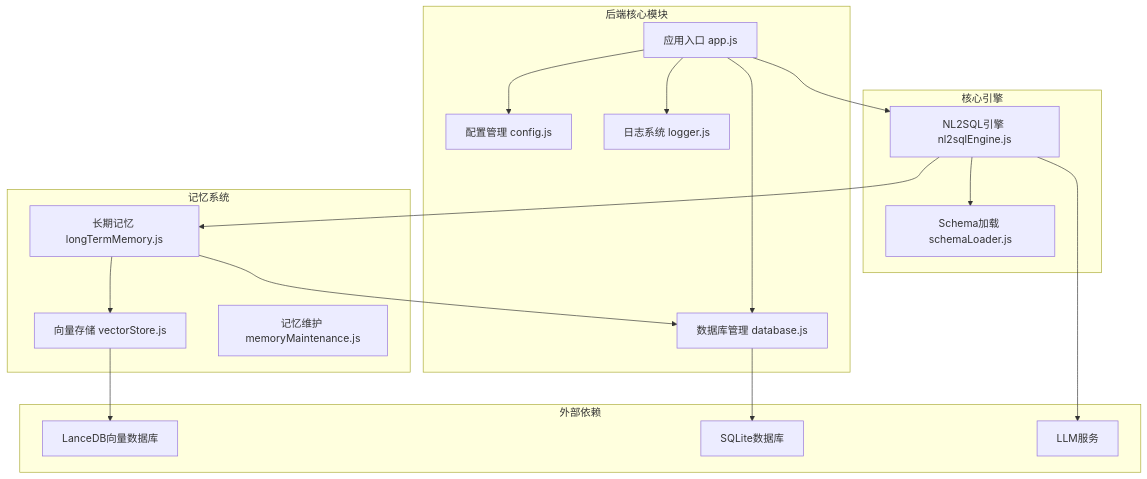
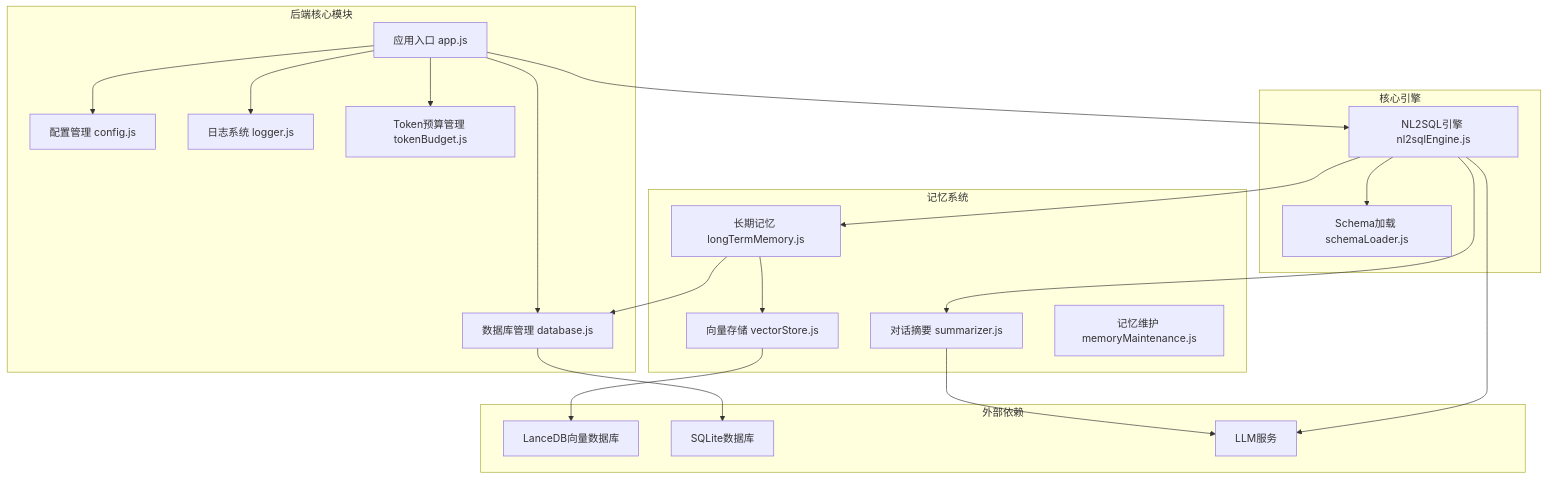
One commit to HanHuiOnLine/724-office changed the first of 6 diagrams in .qoder/repowiki/zh/content/核心模块详解/NL2SQL自然语言到SQL系统/NL2SQL长期记忆系统.md. Above: the diagram before and after it, drawn with Mermaid. The commit also changed other lines of this file and 10 other files, not shown here.

````diff
--- a/.qoder/repowiki/zh/content/核心模块详解/NL2SQL自然语言到SQL系统/NL2SQL长期记忆系统.md
+++ b/.qoder/repowiki/zh/content/核心模块详解/NL2SQL自然语言到SQL系统/NL2SQL长期记忆系统.md
@@ -53,34 +58,39 @@
 ```mermaid
 graph TB
 subgraph "后端核心模块"
 A[应用入口 app.js]
 B[配置管理 config.js]
 C[数据库管理 database.js]
 D[日志系统 logger.js]
+E[Token预算管理 tokenBudget.js]
 end
 subgraph "核心引擎"
-E[NL2SQL引擎 nl2sqlEngine.js]
-F[Schema加载 schemaLoader.js]
+F[NL2SQL引擎 nl2sqlEngine.js]
+G[Schema加载 schemaLoader.js]
 end
 subgraph "记忆系统"
-G[长期记忆 longTermMemory.js]
-H[向量存储 vectorStore.js]
-I[记忆维护 memoryMaintenance.js]
+H[长期记忆 longTermMemory.js]
+I[向量存储 vectorStore.js]
+J[对话摘要 summarizer.js]
+K[记忆维护 memoryMaintenance.js]
 end
 subgraph "外部依赖"
-J[LanceDB向量数据库]
-K[SQLite数据库]
-L[LLM服务]
+L[LanceDB向量数据库]
+M[SQLite数据库]
+N[LLM服务]
 end
 A --> B
 A --> C
 A --> D
 A --> E
-E --> F
-E --> G
-G --> H
-G --> C
-H --> J
-C --> K
-E --> L
+A --> F
+F --> G
+F --> H
+F --> J
+H --> I
+H --> C
+I --> L
+C --> M
+F --> N
+J --> N
 ```
````
